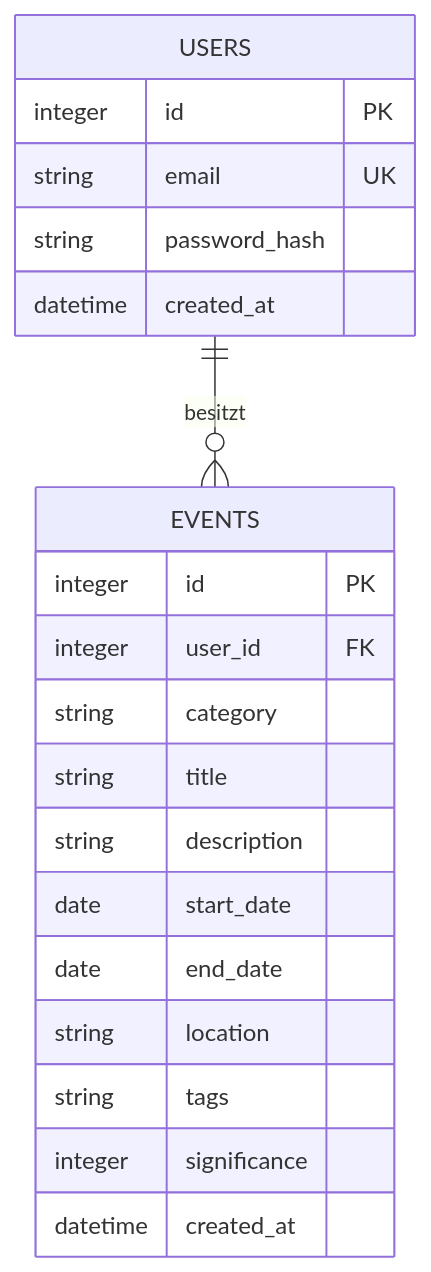
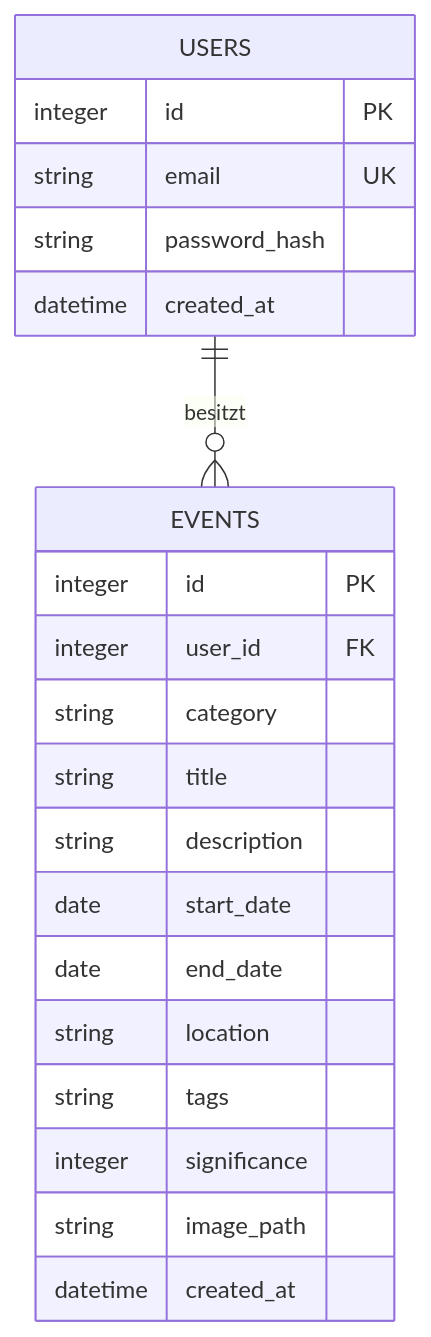
Before and after one commit to ksukh-ux/lifeline-project: the diagram in docs/arch/A08-Querschnittskonzepte.md, drawn with Mermaid. The commit also changed other lines of this file, not shown here.

Commit message:
feat(arch): add optional event image field to data model

````diff
--- a/docs/arch/A08-Querschnittskonzepte.md
+++ b/docs/arch/A08-Querschnittskonzepte.md
@@ -7,23 +7,24 @@
 ```mermaid
 erDiagram
     USERS ||--o{ EVENTS : besitzt
     USERS {
         integer id PK
         string email UK
         string password_hash
         datetime created_at
     }
     EVENTS {
         integer id PK
         integer user_id FK
         string category
         string title
         string description
         date start_date
         date end_date
         string location
         string tags
         integer significance
+        string image_path
         datetime created_at
     }
 ```
````
